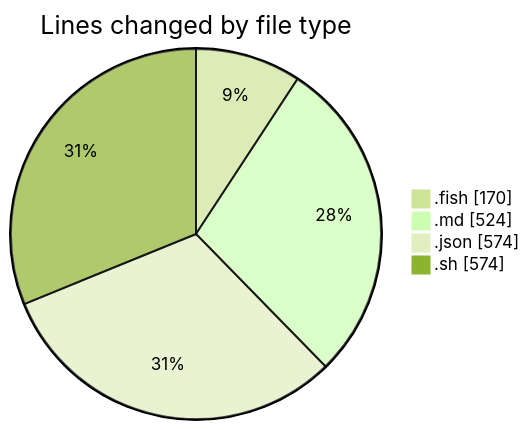
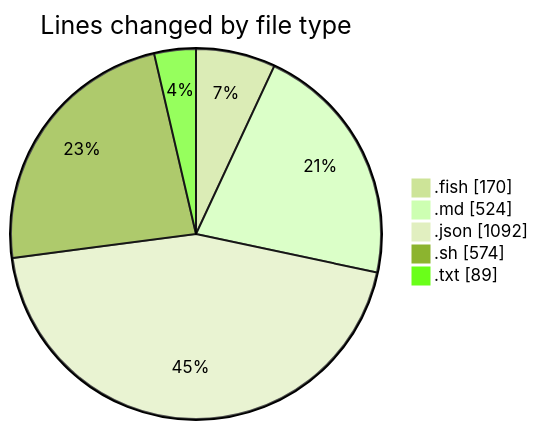
Before and after one commit to EIIisD/code-tracking: the first of 2 diagrams in 2025-07-10/fish/README.md, drawn with Mermaid (forest theme). The commit also changed other lines of this file and 1 other file, not shown here.

````diff
--- a/2025-07-10/fish/README.md
+++ b/2025-07-10/fish/README.md
@@ -23,8 +25,9 @@
 ```mermaid
 pie showData
 title Lines changed by file type
 ".fish" : 170
 ".md" : 524
-".json" : 574
+".json" : 1092
 ".sh" : 574
+".txt" : 89
 ```
````
